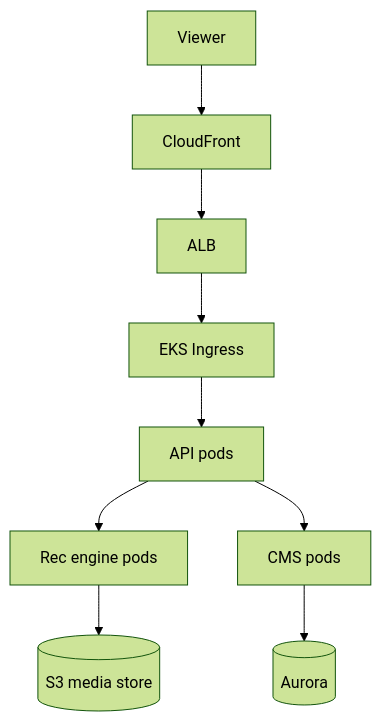
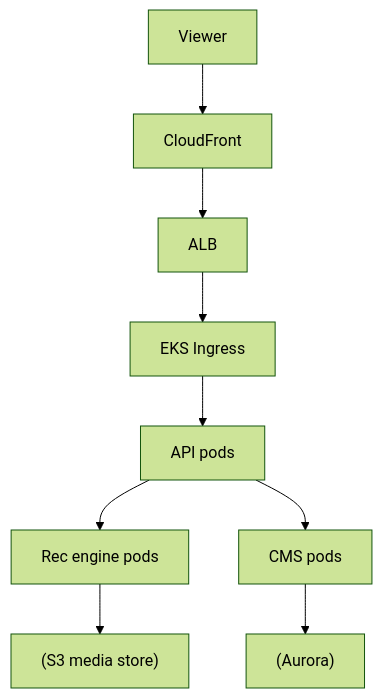
The diagram in 17-company-cases/hbo-max.md (WhoisMonesh/K8S-Everything), drawn with Mermaid (forest theme) before and after one commit. The commit also changed 62 other files, not shown here.

First line of the commit message:
Fix all Mermaid diagrams for GitHub compatibility

````diff
--- a/17-company-cases/hbo-max.md
+++ b/17-company-cases/hbo-max.md
@@ -24,11 +24,11 @@
 ```mermaid
 graph TD
     Viewer --> CF[CloudFront]
     CF --> LB[ALB]
     LB --> Ingress[EKS Ingress]
     Ingress --> API[API pods]
     API --> Rec[Rec engine pods]
     API --> CMS[CMS pods]
-    Rec --> S3[(S3 media store)]
-    CMS --> DB[(Aurora)]
+    Rec --> S3["(S3 media store)"]
+    CMS --> DB["(Aurora)"]
 ```
````
